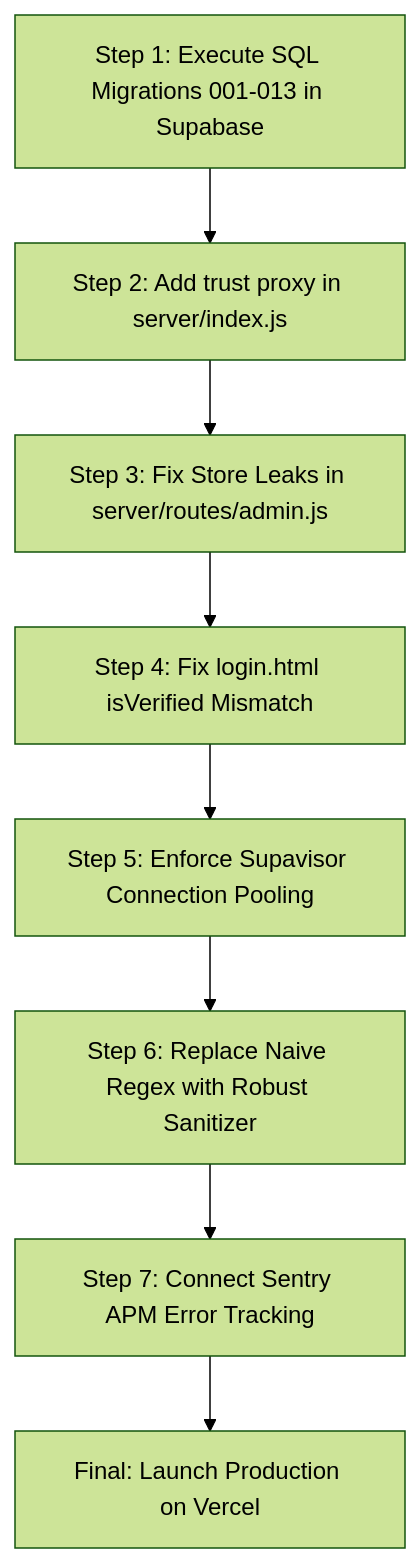
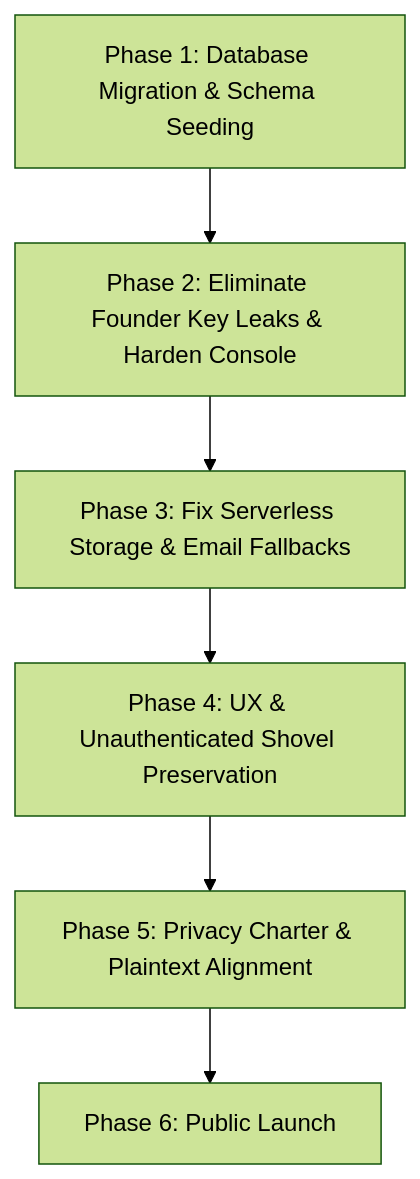
One commit to Aarushi-Chatterjee/canopy_main changed the second of 2 diagrams in PRODUCTION_AUDIT.md. Above: the diagram before and after it, drawn with Mermaid (forest theme). The commit also changed other lines of this file and 14 other files, not shown here.

Commit message:
fix(auth): resolve OAuth 404 callback, configure vite proxy, and add login verification test suite

````diff
--- a/PRODUCTION_AUDIT.md
+++ b/PRODUCTION_AUDIT.md
@@ -211,10 +245,8 @@
 ```mermaid
 graph TD
-    A[Step 1: Execute SQL Migrations 001-013 in Supabase] --> B[Step 2: Add trust proxy in server/index.js]
-    B --> C[Step 3: Fix Store Leaks in server/routes/admin.js]
-    C --> D[Step 4: Fix login.html isVerified Mismatch]
-    D --> E[Step 5: Enforce Supavisor Connection Pooling]
-    E --> F[Step 6: Replace Naive Regex with Robust Sanitizer]
-    F --> G[Step 7: Connect Sentry APM Error Tracking]
-    G --> H[Final: Launch Production on Vercel]
+    A[Phase 1: Database Migration & Schema Seeding] --> B[Phase 2: Eliminate Founder Key Leaks & Harden Console]
+    B --> C[Phase 3: Fix Serverless Storage & Email Fallbacks]
+    C --> D[Phase 4: UX & Unauthenticated Shovel Preservation]
+    D --> E[Phase 5: Privacy Charter & Plaintext Alignment]
+    E --> F[Phase 6: Public Launch]
 ```
````
